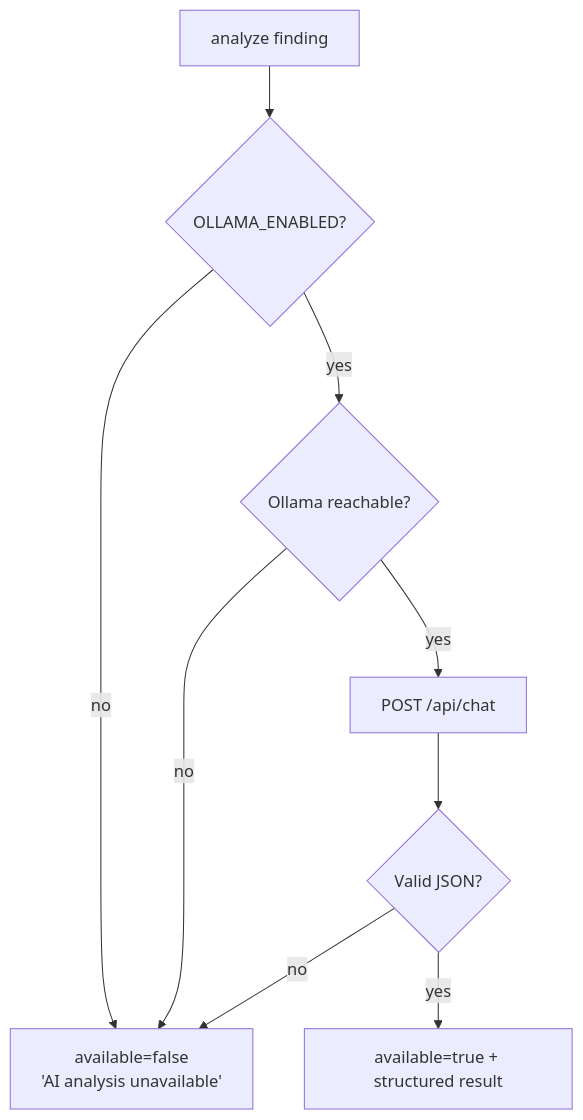
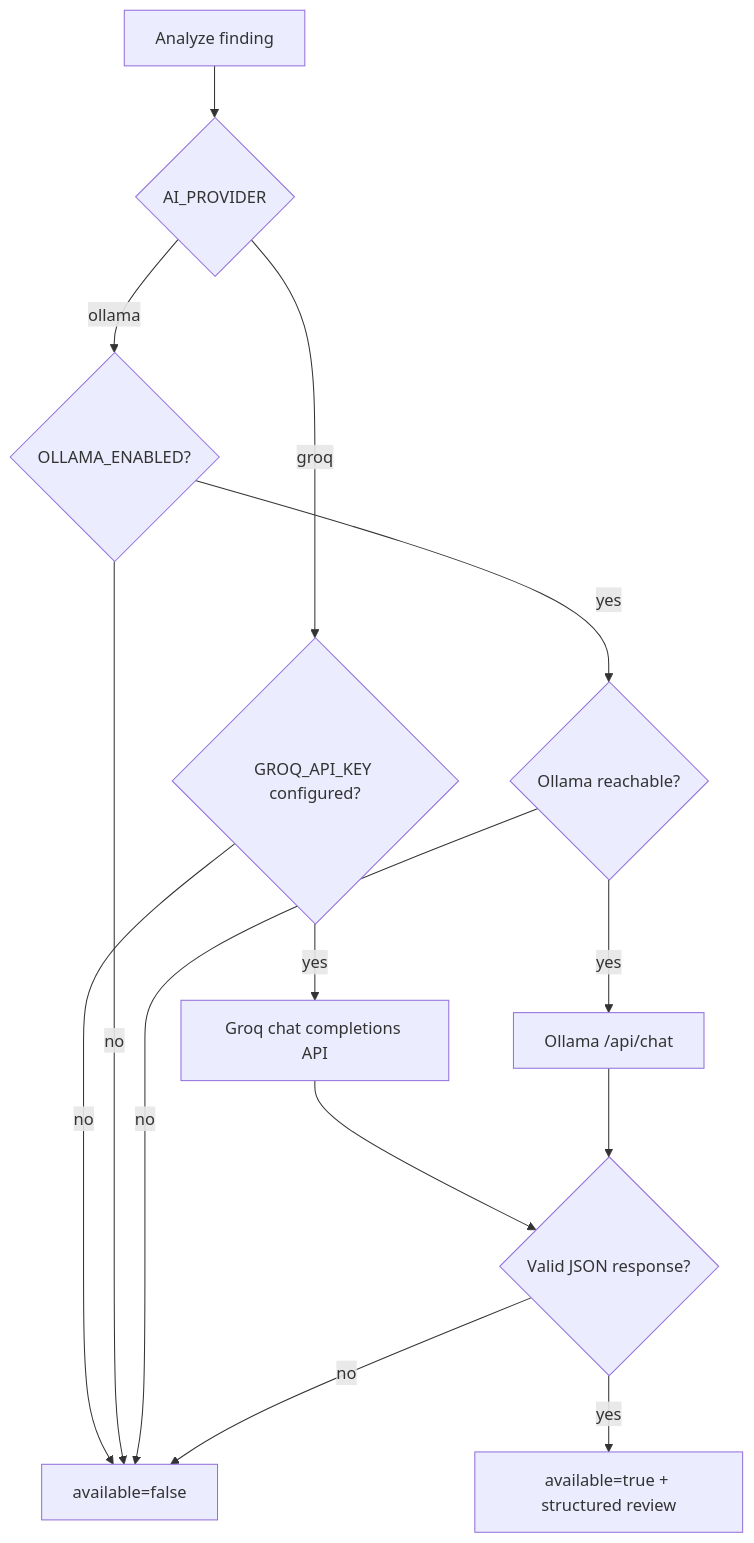
The second of 2 diagrams in docs/AI_MODULE.md (LorenzzoDiass/SASTGuard), drawn with Mermaid before and after one commit. The commit also changed other lines of this file, not shown here.

````diff
--- a/docs/AI_MODULE.md
+++ b/docs/AI_MODULE.md
@@ -52,11 +62,16 @@
 ```mermaid
 flowchart TD
-    start[analyze finding] --> enabled{OLLAMA_ENABLED?}
-    enabled -->|no| unavail[available=false<br/>'AI analysis unavailable']
-    enabled -->|yes| reach{Ollama reachable?}
-    reach -->|no| unavail
-    reach -->|yes| gen[POST /api/chat]
-    gen --> parse{Valid JSON?}
-    parse -->|no| unavail
-    parse -->|yes| ok[available=true + structured result]
+    start[Analyze finding] --> provider{AI_PROVIDER}
+    provider -->|groq| key{GROQ_API_KEY configured?}
+    provider -->|ollama| enabled{OLLAMA_ENABLED?}
+    key -->|no| unavailable[available=false]
+    key -->|yes| groq[Groq chat completions API]
+    enabled -->|no| unavailable
+    enabled -->|yes| reachable{Ollama reachable?}
+    reachable -->|no| unavailable
+    reachable -->|yes| ollama[Ollama /api/chat]
+    groq --> parsed{Valid JSON response?}
+    ollama --> parsed
+    parsed -->|no| unavailable
+    parsed -->|yes| result[available=true + structured review]
 ```
````
